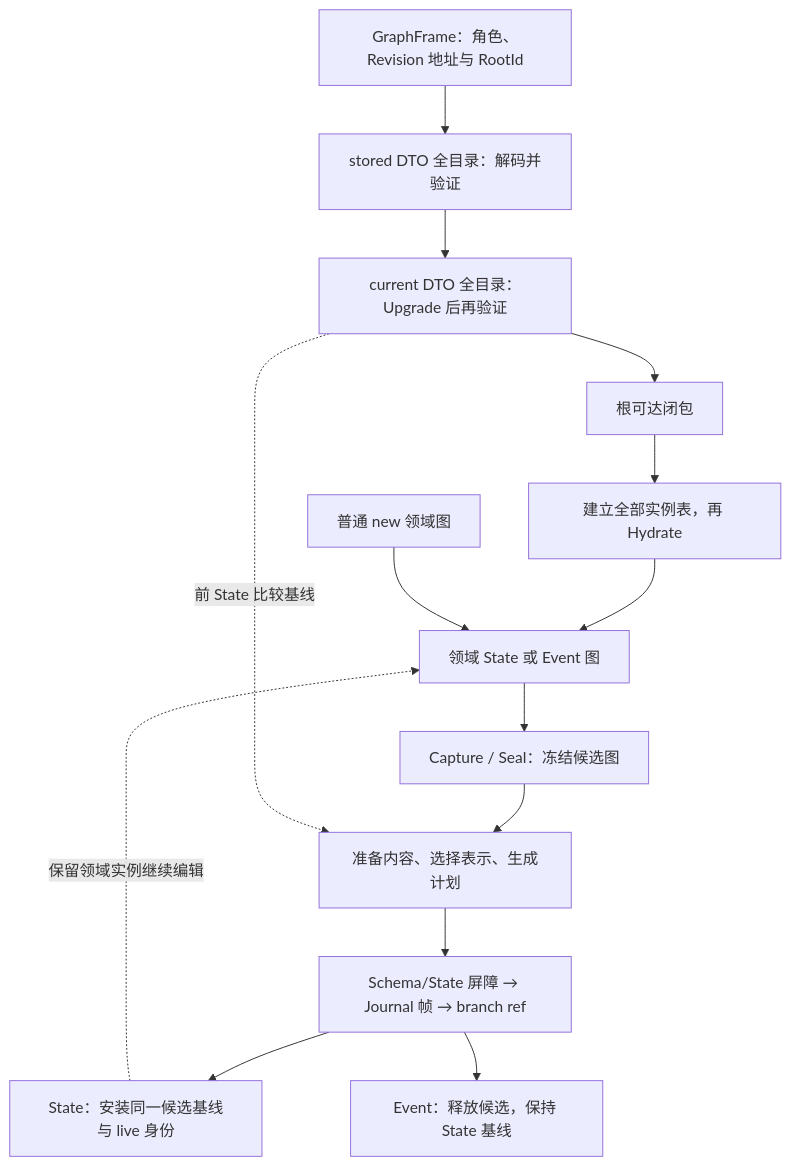
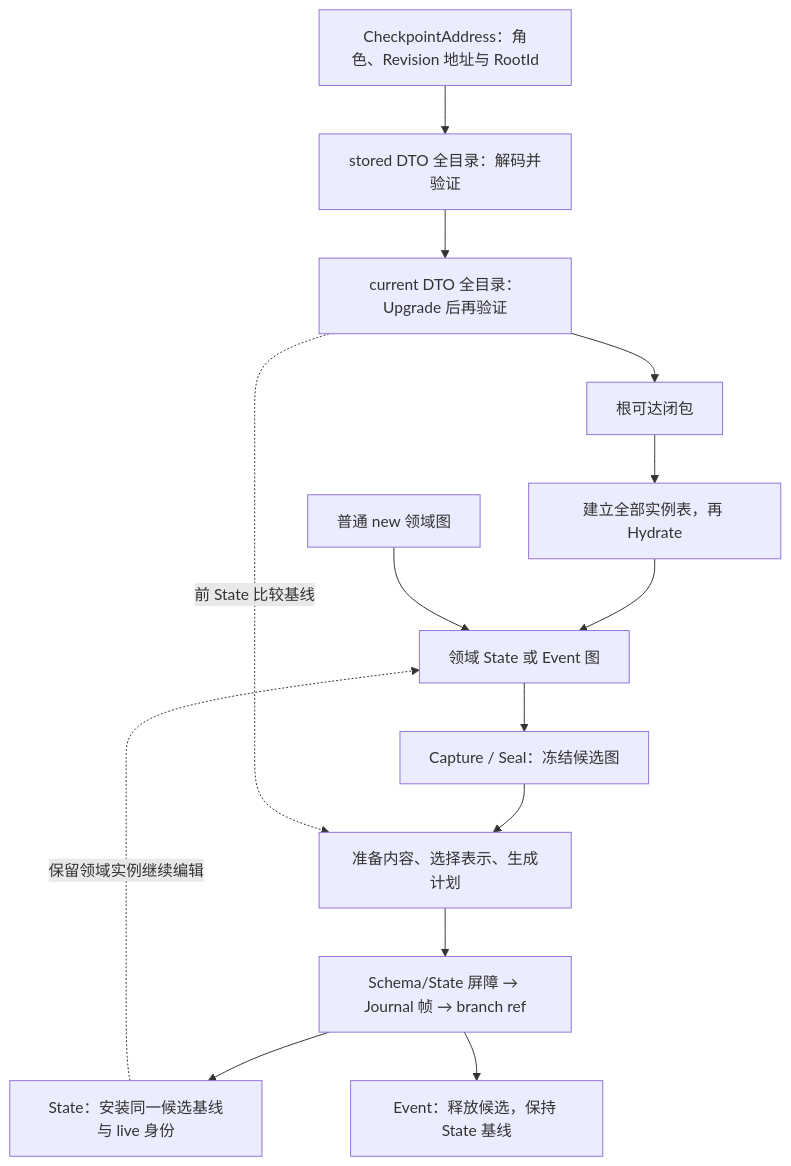
One commit to Atelia-org/durable-graph changed the diagram in docs/DurableGraph-glossary.md. Above: the diagram before and after it, drawn with Mermaid. The commit also changed other lines of this file and 92 other files, not shown here.

````diff
--- a/docs/DurableGraph-glossary.md
+++ b/docs/DurableGraph-glossary.md
@@ -84,16 +84,16 @@
 ```mermaid
 flowchart TD
-    R["GraphFrame：角色、Revision 地址与 RootId"] --> D["stored DTO 全目录：解码并验证"]
+    R["CheckpointAddress：角色、Revision 地址与 RootId"] --> D["stored DTO 全目录：解码并验证"]
     D --> N["current DTO 全目录：Upgrade 后再验证"]
     N --> C["根可达闭包"]
     C --> A["建立全部实例表，再 Hydrate"]
     A --> W["领域 State 或 Event 图"]
     New["普通 new 领域图"] --> W
     W --> F["Capture / Seal：冻结候选图"]
     F --> P["准备内容、选择表示、生成计划"]
     N -. "前 State 比较基线" .-> P
     P --> S["Schema/State 屏障 → Journal 帧 → branch ref"]
     S --> I["State：安装同一候选基线与 live 身份"]
     S --> E["Event：释放候选，保持 State 基线"]
     I -. "保留领域实例继续编辑" .-> W
 ```
````
